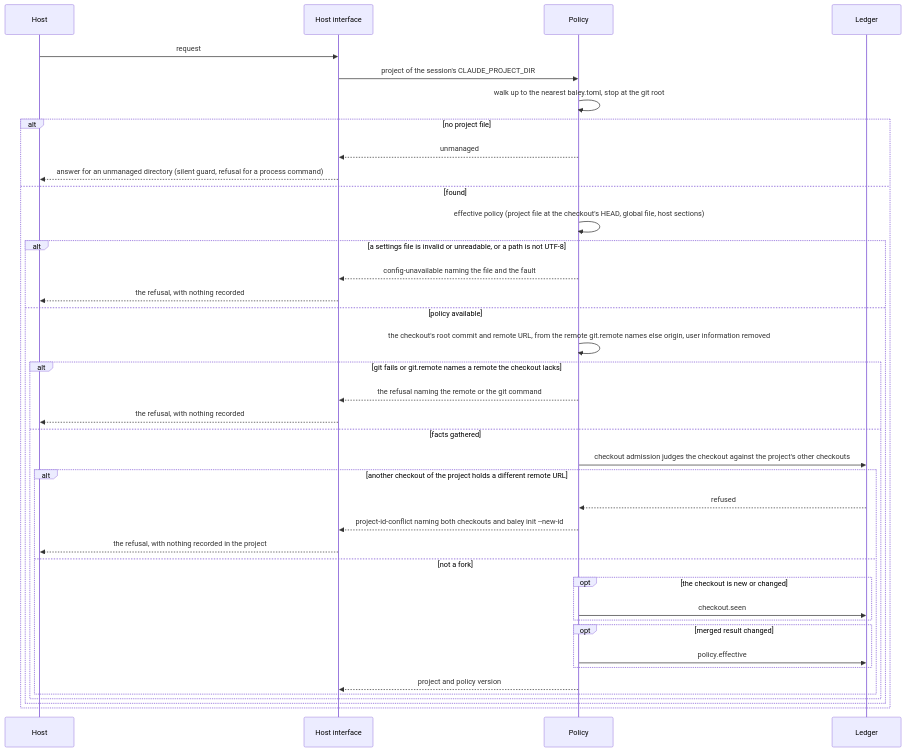
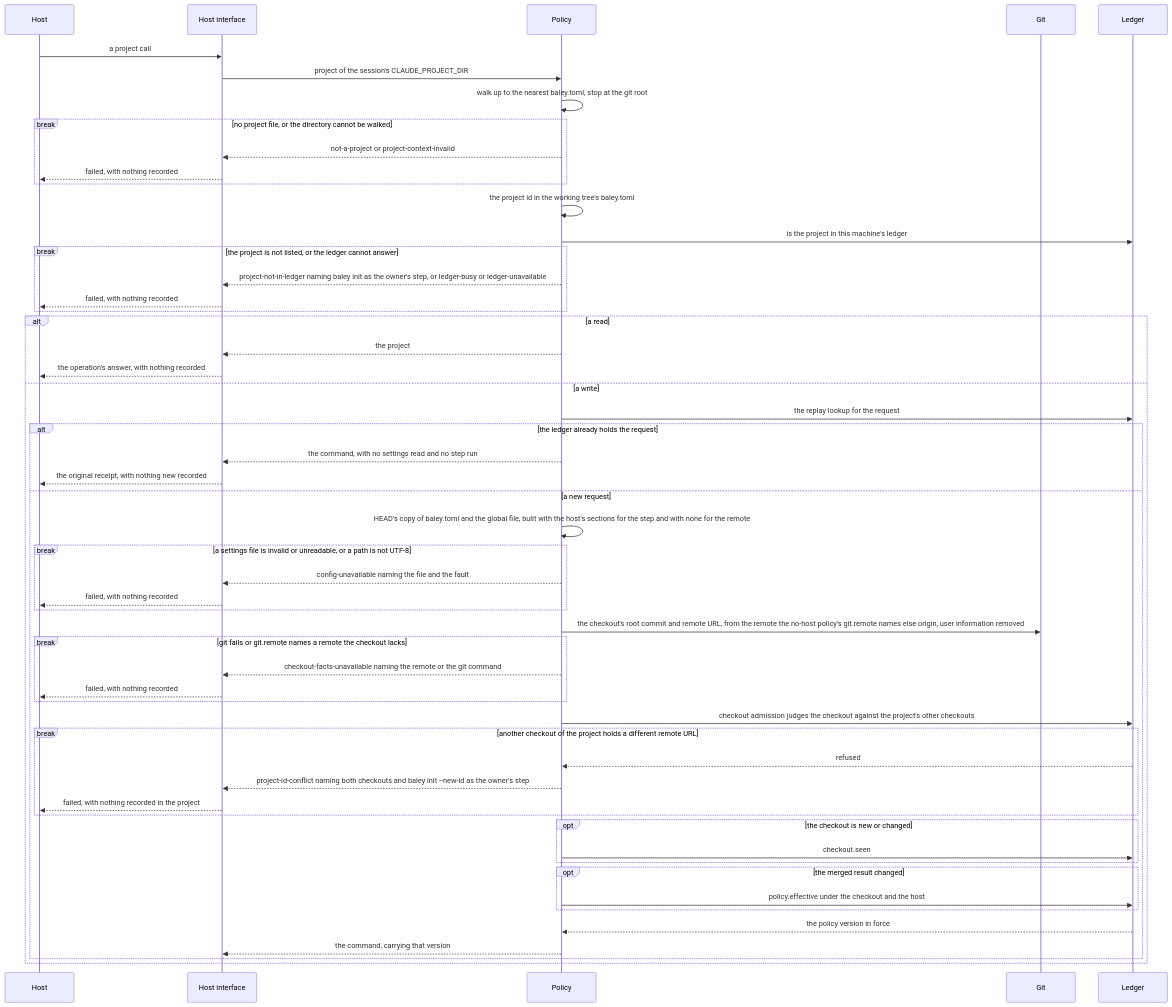
One commit to crenshawdev/baley changed the seventh of 7 diagrams in docs/design/0003-configuration-and-routing.md. Above: the diagram before and after it, drawn with Mermaid. The commit also changed other lines of this file, not shown here.

Commit message:
docs(design): redraw figure 7 as the order the server and the command line run
The figure ended at "Build 3's seam". It now shows the server's call from CLAUDE_PROJECT_DIR, the known-project check, the replay lookup and each refusal that records nothing, and the caption says the guard takes none of it.

````diff
--- a/docs/design/0003-configuration-and-routing.md
+++ b/docs/design/0003-configuration-and-routing.md
@@ -620,41 +620,56 @@
 ```mermaid
 sequenceDiagram
   participant H as Host
   participant I as Host interface
   participant P as Policy
+  participant G as Git
   participant L as Ledger
-  H->>I: request
+  H->>I: a project call
   I->>P: project of the session's CLAUDE_PROJECT_DIR
   P->>P: walk up to the nearest baley.toml, stop at the git root
-  alt no project file
-    P-->>I: unmanaged
-    I-->>H: answer for an unmanaged directory (silent guard, refusal for a process command)
-  else found
-    P->>P: effective policy (project file at the checkout's HEAD, global file, host sections)
-    alt a settings file is invalid or unreadable, or a path is not UTF-8
-      P-->>I: config-unavailable naming the file and the fault
-      I-->>H: the refusal, with nothing recorded
-    else policy available
-      P->>P: the checkout's root commit and remote URL, from the remote git.remote names else origin, user information removed
-      alt git fails or git.remote names a remote the checkout lacks
-        P-->>I: the refusal naming the remote or the git command
-        I-->>H: the refusal, with nothing recorded
-      else facts gathered
-        P->>L: checkout admission judges the checkout against the project's other checkouts
-        alt another checkout of the project holds a different remote URL
-          L-->>P: refused
-          P-->>I: project-id-conflict naming both checkouts and baley init --new-id
-          I-->>H: the refusal, with nothing recorded in the project
-        else not a fork
-          opt the checkout is new or changed
-            P->>L: checkout.seen
-          end
-          opt merged result changed
-            P->>L: policy.effective
-          end
-          P-->>I: project and policy version
-        end
+  break no project file, or the directory cannot be walked
+    P-->>I: not-a-project or project-context-invalid
+    I-->>H: failed, with nothing recorded
+  end
+  P->>P: the project id in the working tree's baley.toml
+  P->>L: is the project in this machine's ledger
+  break the project is not listed, or the ledger cannot answer
+    P-->>I: project-not-in-ledger naming baley init as the owner's step, or ledger-busy or ledger-unavailable
+    I-->>H: failed, with nothing recorded
+  end
+  alt a read
+    P-->>I: the project
+    I-->>H: the operation's answer, with nothing recorded
+  else a write
+    P->>L: the replay lookup for the request
+    alt the ledger already holds the request
+      P-->>I: the command, with no settings read and no step run
+      I-->>H: the original receipt, with nothing new recorded
+    else a new request
+      P->>P: HEAD's copy of baley.toml and the global file, built with the host's sections for the step and with none for the remote
+      break a settings file is invalid or unreadable, or a path is not UTF-8
+        P-->>I: config-unavailable naming the file and the fault
+        I-->>H: failed, with nothing recorded
       end
+      P->>G: the checkout's root commit and remote URL, from the remote the no-host policy's git.remote names else origin, user information removed
+      break git fails or git.remote names a remote the checkout lacks
+        P-->>I: checkout-facts-unavailable naming the remote or the git command
+        I-->>H: failed, with nothing recorded
+      end
+      P->>L: checkout admission judges the checkout against the project's other checkouts
+      break another checkout of the project holds a different remote URL
+        L-->>P: refused
+        P-->>I: project-id-conflict naming both checkouts and baley init --new-id as the owner's step
+        I-->>H: failed, with nothing recorded in the project
+      end
+      opt the checkout is new or changed
+        P->>L: checkout.seen
+      end
+      opt the merged result changed
+        P->>L: policy.effective under the checkout and the host
+      end
+      L-->>P: the policy version in force
+      P-->>I: the command, carrying that version
     end
   end
 ```
````
